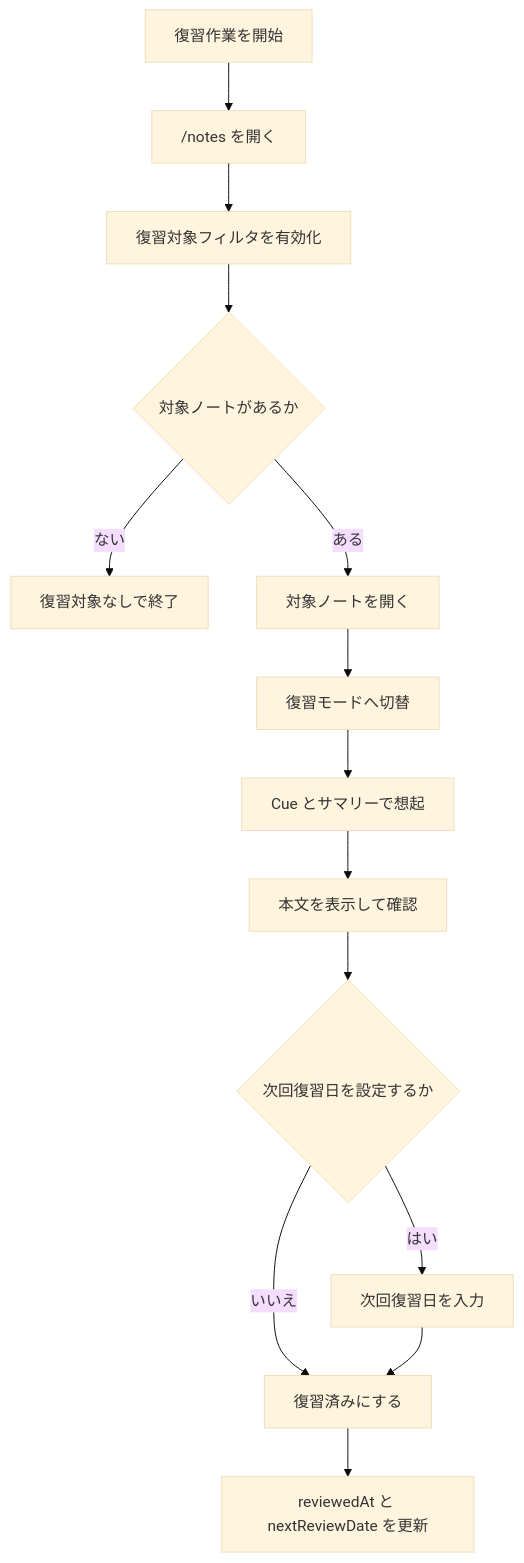
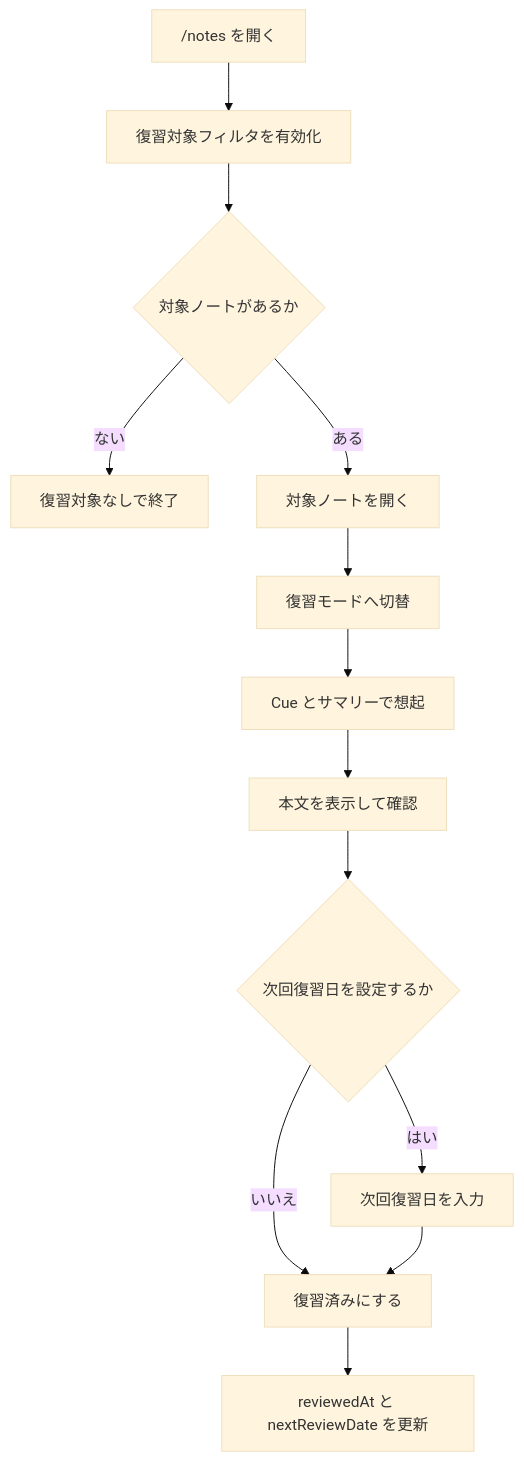
One commit to ka-akehi/Cornell-Method changed the diagram in doc/workflows/assets/mmd/mvp-workflow-design-02-diagram.mmd. Above: the diagram before and after it, drawn with Mermaid (base theme). The commit also changed 23 other files, not shown here.

```diff
--- a/doc/workflows/assets/mmd/mvp-workflow-design-02-diagram.mmd
+++ b/doc/workflows/assets/mmd/mvp-workflow-design-02-diagram.mmd
@@ -1,14 +1,13 @@
 flowchart TD
-  Start["復習作業を開始"] --> Notes["/notes を開く"]
-  Notes --> Filter["復習対象フィルタを有効化"]
+  Start["/notes を開く"] --> Filter["復習対象フィルタを有効化"]
   Filter --> Exists{"対象ノートがあるか"}
   Exists -- "ない" --> Done["復習対象なしで終了"]
   Exists -- "ある" --> Detail["対象ノートを開く"]
   Detail --> ReviewMode["復習モードへ切替"]
   ReviewMode --> Recall["Cue とサマリーで想起"]
   Recall --> ShowBody["本文を表示して確認"]
   ShowBody --> DecideNext{"次回復習日を設定するか"}
   DecideNext -- "はい" --> SetNext["次回復習日を入力"]
   DecideNext -- "いいえ" --> Mark["復習済みにする"]
   SetNext --> Mark
   Mark --> Updated["reviewedAt と nextReviewDate を更新"]
```
